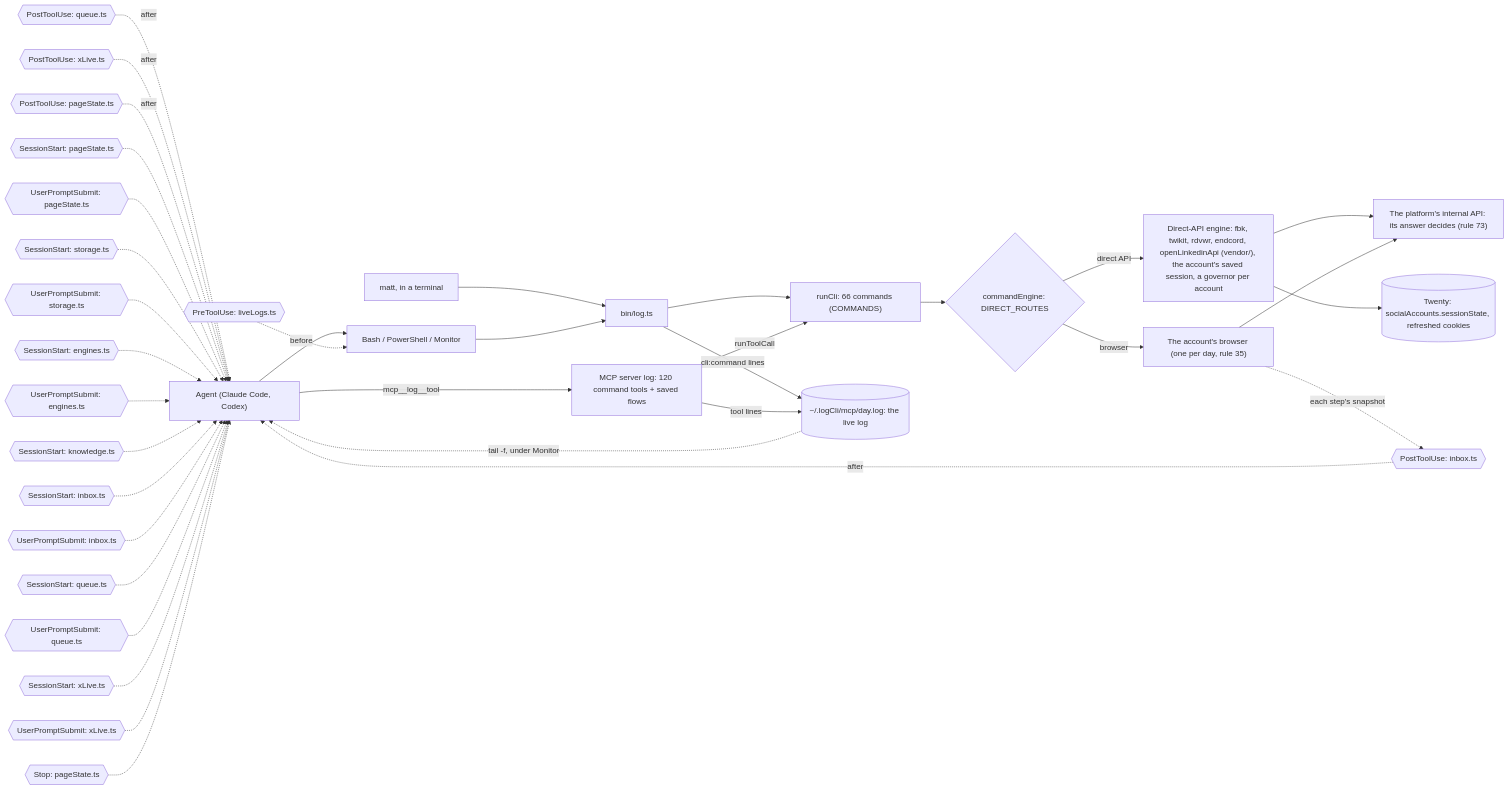
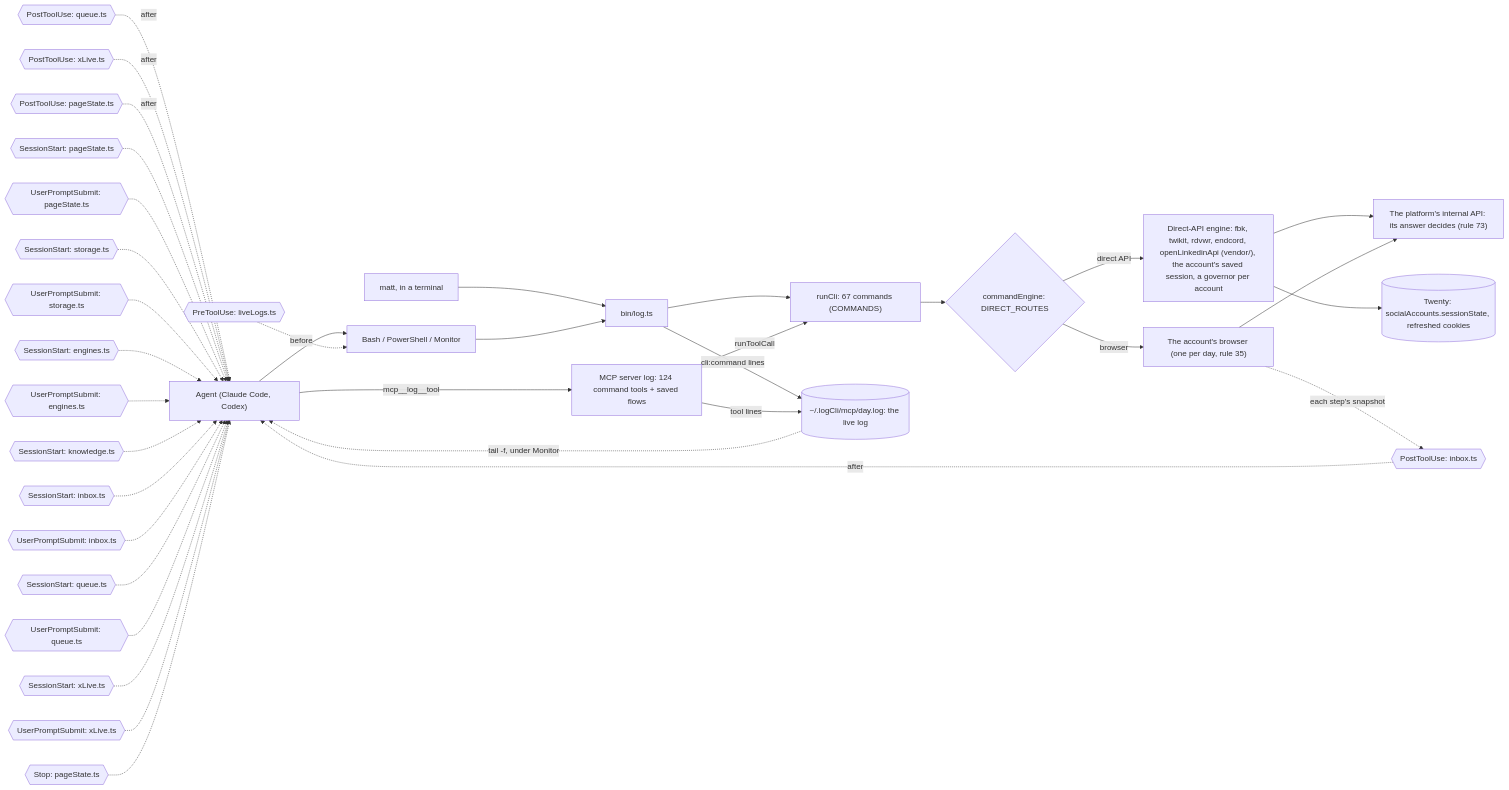
Before and after one commit to matthewdonsemail-lab/log: the diagram in docs/diagrams/surface.mmd, drawn with Mermaid. The commit also changed 34 other files, not shown here.

```diff
--- a/docs/diagrams/surface.mmd
+++ b/docs/diagrams/surface.mmd
@@ -1,50 +1,50 @@
 %% How a call reaches log-cli. From a shell or over MCP, both run the same commands through `runCli`, write the same live log, and pass through the same hooks. `commandEngine` sends each command to the platform's direct API or to the account's browser.
 %% Written by `bun run docs:build` from the code (rule 56). Not edited by hand.
 flowchart LR
   agent["Agent (Claude Code, Codex)"]
   matt["matt, in a terminal"]
   shell["Bash / PowerShell / Monitor"]
-  mcp["MCP server log: 120 command tools + saved flows"]
+  mcp["MCP server log: 124 command tools + saved flows"]
   bin["bin/log.ts"]
-  runCli["runCli: 66 commands (COMMANDS)"]
+  runCli["runCli: 67 commands (COMMANDS)"]
   live[("~/.logCli/mcp/day.log: the live log")]
   engine{"commandEngine: DIRECT_ROUTES"}
   direct["Direct-API engine: fbk, twikit, rdvwr, endcord, openLinkedinApi (vendor/), the account's saved session, a governor per account"]
   browser["The account's browser (one per day, rule 35)"]
   api["The platform's internal API: its answer decides (rule 73)"]
   twenty[("Twenty: socialAccounts.sessionState, refreshed cookies")]
   agent --> shell
   matt --> bin
   shell --> bin
   agent -->|mcp__log__tool| mcp
   bin --> runCli
   mcp -->|runToolCall| runCli
   runCli --> engine
   engine -->|direct API| direct
   engine -->|browser| browser
   direct --> api
   browser --> api
   direct --> twenty
   bin -->|cli:command lines| live
   mcp -->|tool lines| live
   live -.->|tail -f, under Monitor| agent
   pre0{{"PreToolUse: liveLogs.ts"}} -.->|before| shell
   post0{{"PostToolUse: inbox.ts"}} -.->|after| agent
   post1{{"PostToolUse: queue.ts"}} -.->|after| agent
   post2{{"PostToolUse: xLive.ts"}} -.->|after| agent
   post3{{"PostToolUse: pageState.ts"}} -.->|after| agent
   turn0{{"SessionStart: pageState.ts"}} -.-> agent
   turn1{{"UserPromptSubmit: pageState.ts"}} -.-> agent
   turn2{{"SessionStart: storage.ts"}} -.-> agent
   turn3{{"UserPromptSubmit: storage.ts"}} -.-> agent
   turn4{{"SessionStart: engines.ts"}} -.-> agent
   turn5{{"UserPromptSubmit: engines.ts"}} -.-> agent
   turn6{{"SessionStart: knowledge.ts"}} -.-> agent
   turn7{{"SessionStart: inbox.ts"}} -.-> agent
   turn8{{"UserPromptSubmit: inbox.ts"}} -.-> agent
   turn9{{"SessionStart: queue.ts"}} -.-> agent
   turn10{{"UserPromptSubmit: queue.ts"}} -.-> agent
   turn11{{"SessionStart: xLive.ts"}} -.-> agent
   turn12{{"UserPromptSubmit: xLive.ts"}} -.-> agent
   turn13{{"Stop: pageState.ts"}} -.-> agent
   browser -.->|each step's snapshot| post0
```
